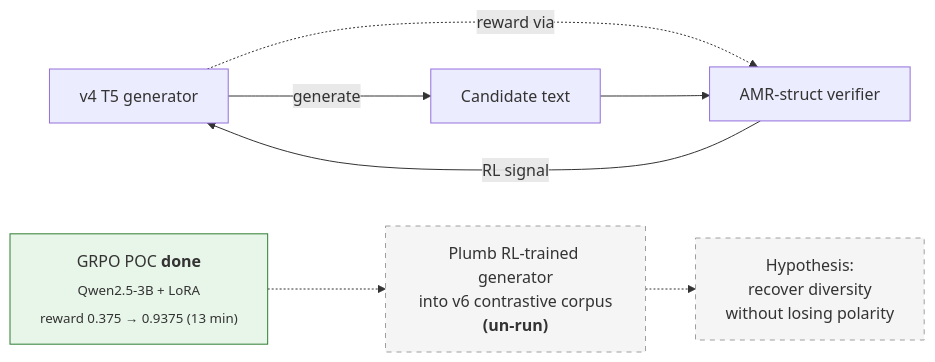
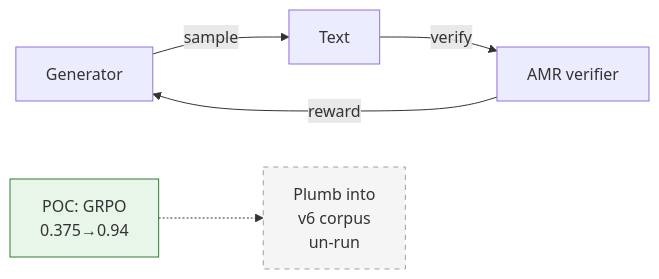
The second of 2 diagrams in extensions/reports/index.md (14H034160212/Logical-Equivalence-driven-AMR-Data-Augmentation-for-Representation-Learning), drawn with Mermaid before and after one commit. The commit also changed other lines of this file, not shown here.

First line of the commit message:
docs: tighten architecture diagrams (shorter labels, fewer boxes)

````diff
--- a/extensions/reports/index.md
+++ b/extensions/reports/index.md
@@ -114,15 +112,11 @@
 ```mermaid
 flowchart LR
-    R1[v4 T5 generator] -.->|reward via| R2[AMR-struct verifier]
-    R1 -->|generate| R3[Candidate text]
-    R3 --> R2
-    R2 -->|RL signal| R1
-    R4["GRPO POC <b>done</b><br/><sub>Qwen2.5-3B + LoRA<br/>reward 0.375 → 0.9375 (13 min)</sub>"]
-    R5["Plumb RL-trained generator<br/>into v6 contrastive corpus<br/><b>(un-run)</b>"]
-    R4 -.-> R5
-    R5 -.-> R6["Hypothesis:<br/>recover diversity<br/>without losing polarity"]
+    R1[Generator] -->|sample| R3[Text]
+    R3 -->|verify| R2[AMR verifier]
+    R2 -->|reward| R1
+    R4[POC: GRPO<br/>0.375→0.94] -.-> R5[Plumb into<br/>v6 corpus<br/>un-run]
     classDef done fill:#e8f5e9,stroke:#2e7d32
     classDef todo fill:#f5f5f5,stroke:#9e9e9e,stroke-dasharray:5 5
     class R4 done
-    class R5,R6 todo
+    class R5 todo
 ```
````
